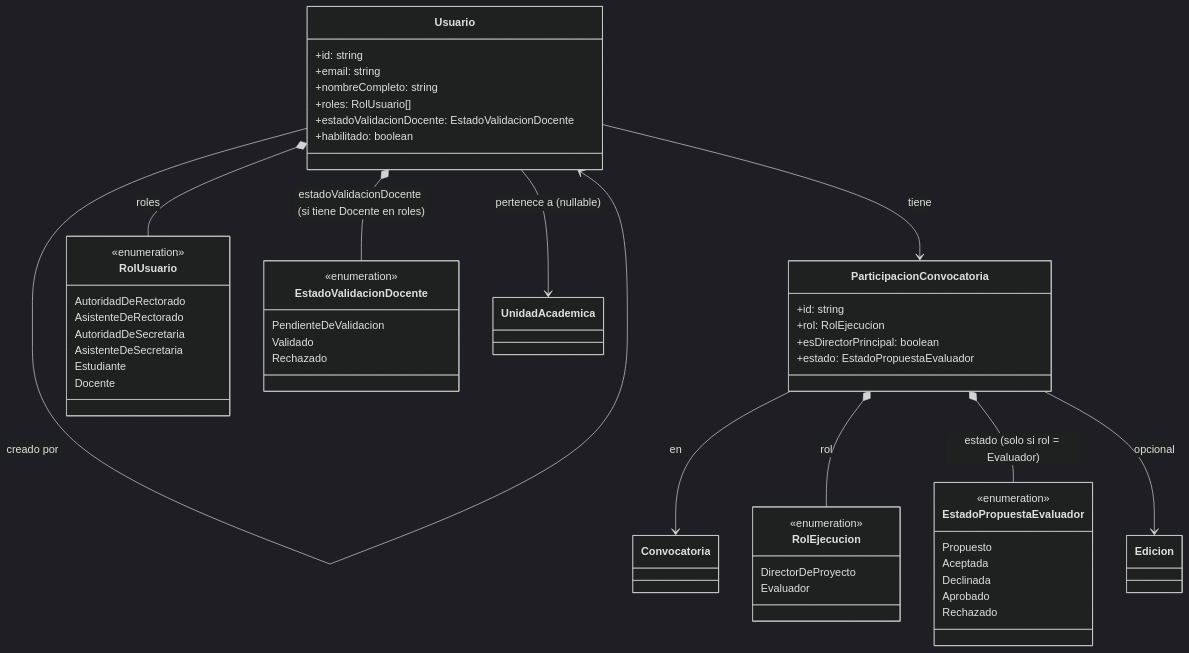
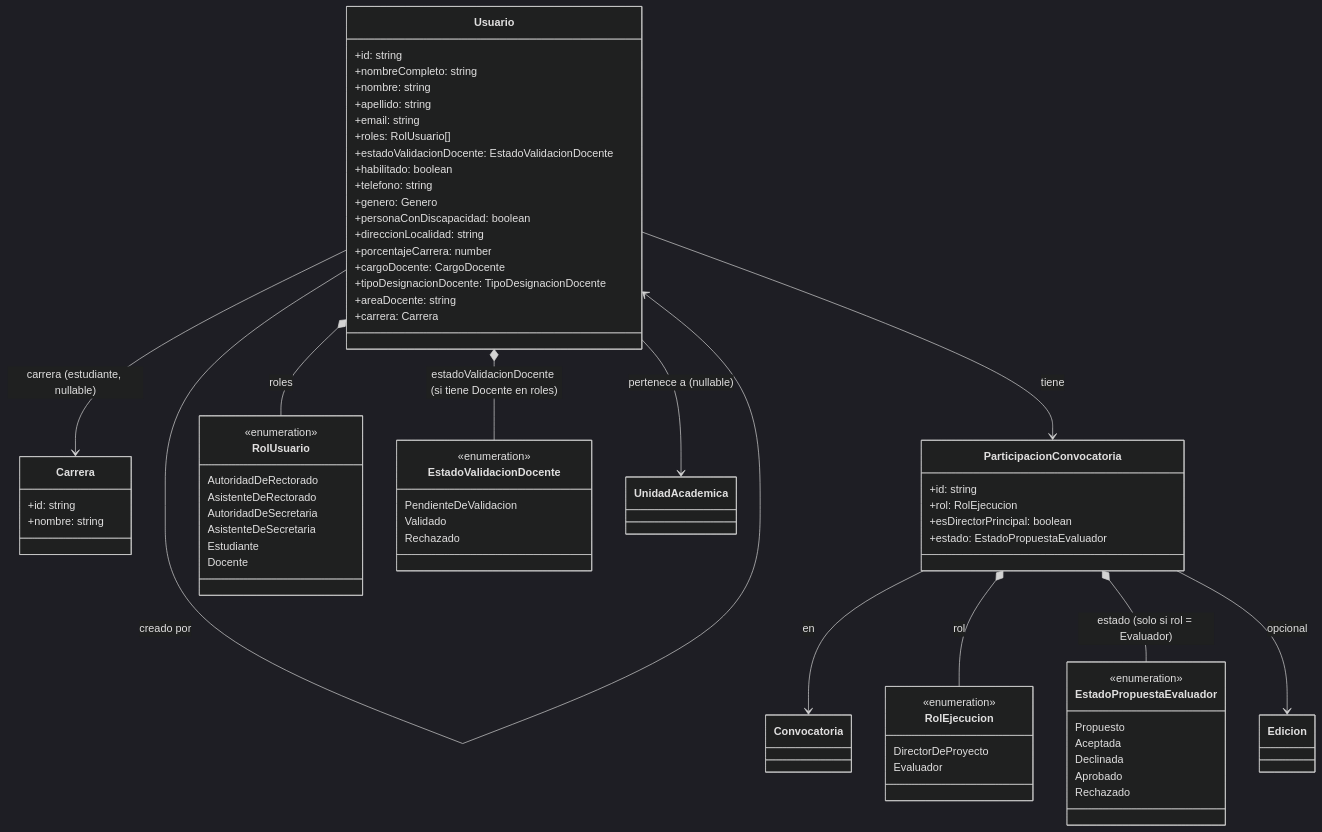
One commit to TPP-UBANEX/UBANEX changed the fourth of 10 diagrams in docs/dominio/modelo.md. Above: the diagram before and after it, drawn with Mermaid (dark theme). The commit also changed other lines of this file, not shown here.

Commit message:
docs(dominio): poner modelo.md al día (TipoCampo, presupuesto, perfil usuario, catálogos)

````diff
--- a/docs/dominio/modelo.md
+++ b/docs/dominio/modelo.md
@@ -293,60 +329,77 @@
 ```mermaid
 classDiagram
     class Usuario {
         +id: string
+        +nombreCompleto: string
+        +nombre: string
+        +apellido: string
         +email: string
-        +nombreCompleto: string
         +roles: RolUsuario[]
         +estadoValidacionDocente: EstadoValidacionDocente
         +habilitado: boolean
+        +telefono: string
+        +genero: Genero
+        +personaConDiscapacidad: boolean
+        +direccionLocalidad: string
+        +porcentajeCarrera: number
+        +cargoDocente: CargoDocente
+        +tipoDesignacionDocente: TipoDesignacionDocente
+        +areaDocente: string
+        +carrera: Carrera
+    }
+
+    class Carrera {
+        +id: string
+        +nombre: string
     }
 
     class ParticipacionConvocatoria {
         +id: string
         +rol: RolEjecucion
         +esDirectorPrincipal: boolean
         +estado: EstadoPropuestaEvaluador
     }
 
     class RolUsuario {
         <<enumeration>>
         AutoridadDeRectorado
         AsistenteDeRectorado
         AutoridadDeSecretaria
         AsistenteDeSecretaria
         Estudiante
         Docente
     }
 
     class RolEjecucion {
         <<enumeration>>
         DirectorDeProyecto
         Evaluador
     }
 
     class EstadoPropuestaEvaluador {
         <<enumeration>>
         Propuesto
         Aceptada
         Declinada
         Aprobado
         Rechazado
     }
 
     class EstadoValidacionDocente {
         <<enumeration>>
         PendienteDeValidacion
         Validado
         Rechazado
     }
 
     Usuario *-- RolUsuario : roles
     Usuario *-- EstadoValidacionDocente : estadoValidacionDocente (si tiene Docente en roles)
     Usuario --> UnidadAcademica : pertenece a (nullable)
     Usuario --> Usuario : creado por
+    Usuario --> Carrera : carrera (estudiante, nullable)
     Usuario --> ParticipacionConvocatoria : tiene
     ParticipacionConvocatoria --> Convocatoria : en
     ParticipacionConvocatoria *-- RolEjecucion : rol
     ParticipacionConvocatoria *-- EstadoPropuestaEvaluador : estado (solo si rol = Evaluador)
     ParticipacionConvocatoria --> Edicion : opcional
 ```
````
